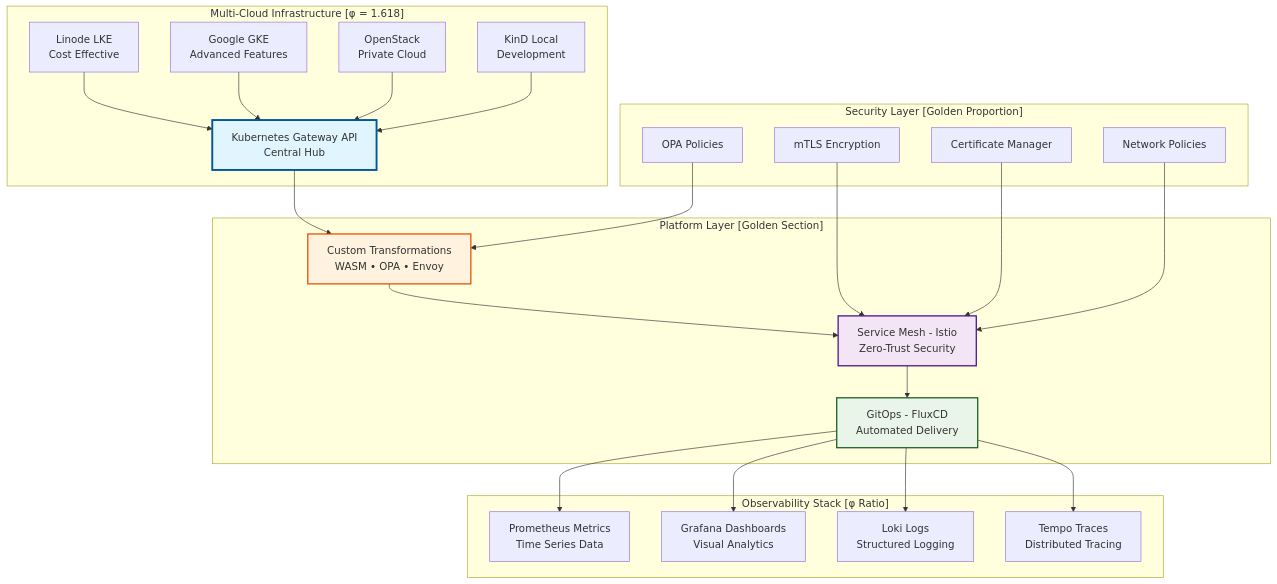
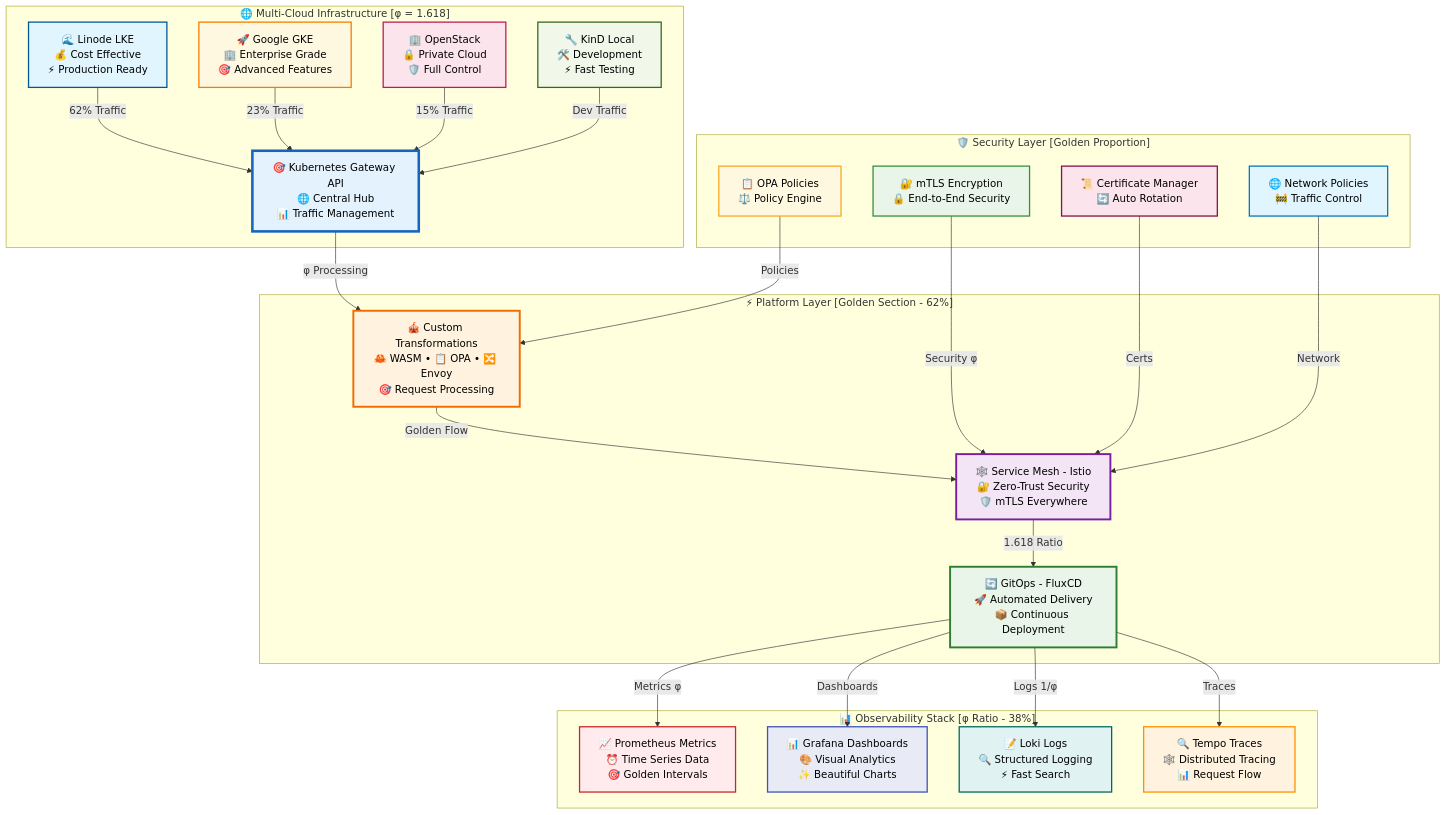
Before and after one commit to abdoElHodaky/Iacdash-: the diagram in README.md, drawn with Mermaid. The commit also changed other lines of this file and 4 other files, not shown here.

````diff
--- a/README.md
+++ b/README.md
@@ -68,34 +68,68 @@
 ```mermaid
 graph TB
-    subgraph "Multi-Cloud Infrastructure [φ = 1.618]"
-        A[Linode LKE<br/>Cost Effective] --> K[Kubernetes Gateway API<br/>Central Hub]
-        B[Google GKE<br/>Advanced Features] --> K
-        C[OpenStack<br/>Private Cloud] --> K
-        D[KinD Local<br/>Development] --> K
+    subgraph CloudInfra ["🌐 Multi-Cloud Infrastructure [φ = 1.618]"]
+        A["🌊 Linode LKE<br/>💰 Cost Effective<br/>⚡ Production Ready"]
+        B["🚀 Google GKE<br/>🏢 Enterprise Grade<br/>🎯 Advanced Features"]
+        C["🏢 OpenStack<br/>🔒 Private Cloud<br/>🛡️ Full Control"]
+        D["🔧 KinD Local<br/>🛠️ Development<br/>⚡ Fast Testing"]
+        K["🎯 Kubernetes Gateway API<br/>🌐 Central Hub<br/>📊 Traffic Management"]
     end
     
-    subgraph "Platform Layer [Golden Section]"
-        K --> E[Custom Transformations<br/>WASM • OPA • Envoy]
-        E --> F[Service Mesh - Istio<br/>Zero-Trust Security]
-        F --> G[GitOps - FluxCD<br/>Automated Delivery]
+    subgraph PlatformLayer ["⚡ Platform Layer [Golden Section - 62%]"]
+        E["🎪 Custom Transformations<br/>🦀 WASM • 📋 OPA • 🔀 Envoy<br/>🎯 Request Processing"]
+        F["🕸️ Service Mesh - Istio<br/>🔐 Zero-Trust Security<br/>🛡️ mTLS Everywhere"]
+        G["🔄 GitOps - FluxCD<br/>🚀 Automated Delivery<br/>📦 Continuous Deployment"]
     end
     
-    subgraph "Observability Stack [φ Ratio]"
-        G --> H[Prometheus Metrics<br/>Time Series Data]
-        G --> I[Grafana Dashboards<br/>Visual Analytics]
-        G --> J[Loki Logs<br/>Structured Logging]
-        G --> L[Tempo Traces<br/>Distributed Tracing]
+    subgraph ObservabilityStack ["📊 Observability Stack [φ Ratio - 38%]"]
+        H["📈 Prometheus Metrics<br/>⏰ Time Series Data<br/>🎯 Golden Intervals"]
+        I["📊 Grafana Dashboards<br/>🎨 Visual Analytics<br/>✨ Beautiful Charts"]
+        J["📝 Loki Logs<br/>🔍 Structured Logging<br/>⚡ Fast Search"]
+        L["🔍 Tempo Traces<br/>🕸️ Distributed Tracing<br/>📊 Request Flow"]
     end
     
-    subgraph "Security Layer [Golden Proportion]"
-        M[mTLS Encryption] --> F
-        N[Certificate Manager] --> F
-        O[OPA Policies] --> E
-        P[Network Policies] --> F
+    subgraph SecurityLayer ["🛡️ Security Layer [Golden Proportion]"]
+        M["🔐 mTLS Encryption<br/>🔒 End-to-End Security"]
+        N["📜 Certificate Manager<br/>🔄 Auto Rotation"]
+        O["📋 OPA Policies<br/>⚖️ Policy Engine"]
+        P["🌐 Network Policies<br/>🚧 Traffic Control"]
     end
     
-    style K fill:#e1f5fe,stroke:#01579b,stroke-width:3px
-    style F fill:#f3e5f5,stroke:#4a148c,stroke-width:2px
-    style G fill:#e8f5e8,stroke:#1b5e20,stroke-width:2px
-    style E fill:#fff3e0,stroke:#e65100,stroke-width:2px
+    %% Golden Ratio Connections (φ = 1.618)
+    A -->|"62% Traffic"| K
+    B -->|"23% Traffic"| K
+    C -->|"15% Traffic"| K
+    D -->|"Dev Traffic"| K
+    
+    K -->|"φ Processing"| E
+    E -->|"Golden Flow"| F
+    F -->|"1.618 Ratio"| G
+    
+    G -->|"Metrics φ"| H
+    G -->|"Dashboards"| I
+    G -->|"Logs 1/φ"| J
+    G -->|"Traces"| L
+    
+    M -->|"Security φ"| F
+    N -->|"Certs"| F
+    O -->|"Policies"| E
+    P -->|"Network"| F
+    
+    %% Eye-catching Golden Ratio Styling
+    style K fill:#e3f2fd,stroke:#1565c0,stroke-width:4px,color:#000
+    style F fill:#f3e5f5,stroke:#7b1fa2,stroke-width:3px,color:#000
+    style G fill:#e8f5e8,stroke:#2e7d32,stroke-width:3px,color:#000
+    style E fill:#fff3e0,stroke:#ef6c00,stroke-width:3px,color:#000
+    style A fill:#e1f5fe,stroke:#01579b,stroke-width:2px,color:#000
+    style B fill:#fff8e1,stroke:#f57c00,stroke-width:2px,color:#000
+    style C fill:#fce4ec,stroke:#c2185b,stroke-width:2px,color:#000
+    style D fill:#f1f8e9,stroke:#33691e,stroke-width:2px,color:#000
+    style H fill:#ffebee,stroke:#c62828,stroke-width:2px,color:#000
+    style I fill:#e8eaf6,stroke:#3f51b5,stroke-width:2px,color:#000
+    style J fill:#e0f2f1,stroke:#00695c,stroke-width:2px,color:#000
+    style L fill:#fff3e0,stroke:#ff8f00,stroke-width:2px,color:#000
+    style M fill:#e8f5e8,stroke:#388e3c,stroke-width:2px,color:#000
+    style N fill:#fce4ec,stroke:#880e4f,stroke-width:2px,color:#000
+    style O fill:#fff8e1,stroke:#f9a825,stroke-width:2px,color:#000
+    style P fill:#e1f5fe,stroke:#0277bd,stroke-width:2px,color:#000
 ```
````
